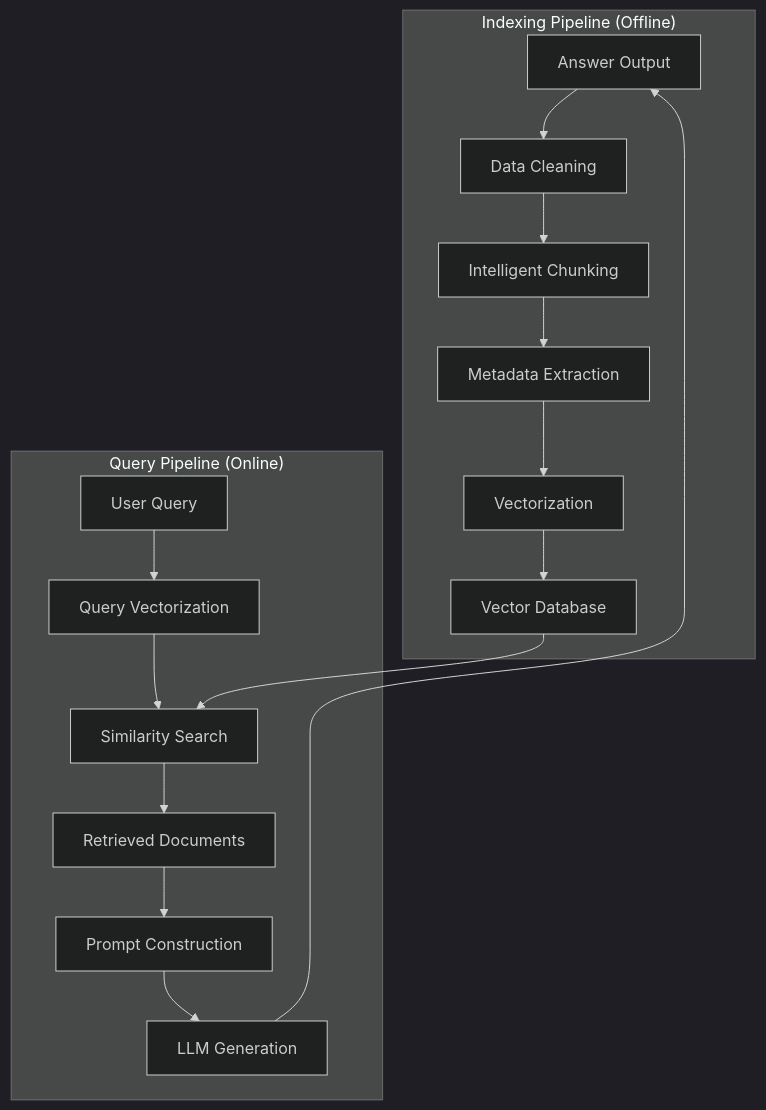
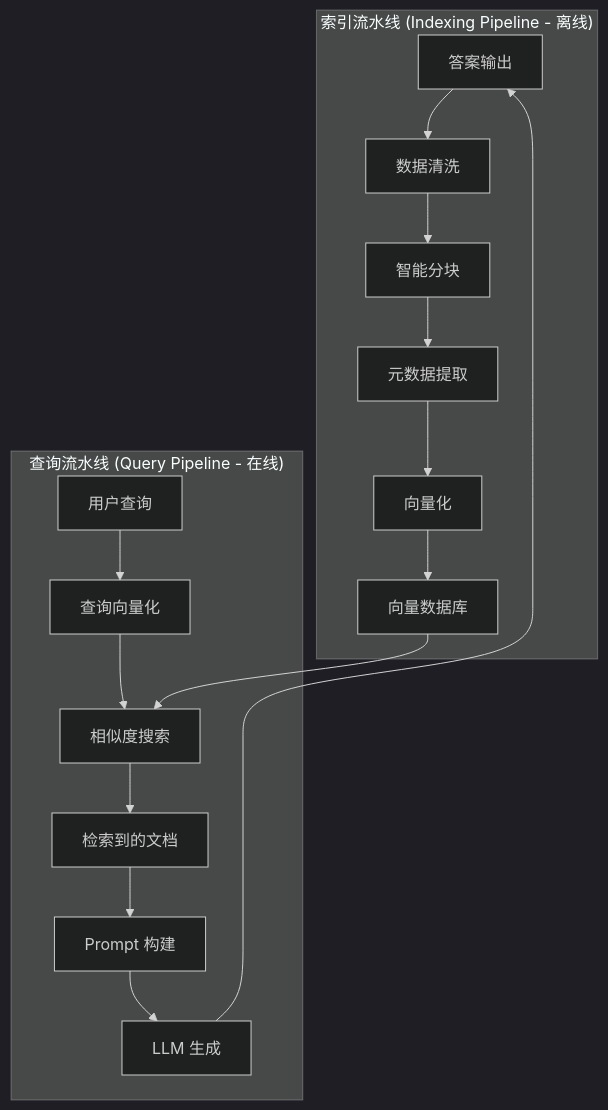
Before and after one commit to YiWang24/AiDIY: the diagram in i18n/zh-Hans/docusaurus-plugin-content-docs/current/ai/rag/index.mdx, drawn with Mermaid (dark theme). The commit also changed other lines of this file and 59 other files, not shown here.

````diff
--- a/i18n/zh-Hans/docusaurus-plugin-content-docs/current/ai/rag/index.mdx
+++ b/i18n/zh-Hans/docusaurus-plugin-content-docs/current/ai/rag/index.mdx
@@ -29,20 +29,20 @@
 ```mermaid
 flowchart TB
-    subgraph "Indexing Pipeline (Offline)"
-        A[Document Sources] --> B[Data Cleaning]
-        B --> C[Intelligent Chunking]
-        C --> D[Metadata Extraction]
-        D --> E[Vectorization]
-        E --> F[Vector Database]
+    subgraph "索引流水线 (Indexing Pipeline - 离线)"
+        A[文档源] --> B[数据清洗]
+        B --> C[智能分块]
+        C --> D[元数据提取]
+        D --> E[向量化]
+        E --> F[向量数据库]
     end
 
-    subgraph "Query Pipeline (Online)"
-        Q[User Query] --> QE[Query Vectorization]
-        QE --> S[Similarity Search]
+    subgraph "查询流水线 (Query Pipeline - 在线)"
+        Q[用户查询] --> QE[查询向量化]
+        QE --> S[相似度搜索]
         F --> S
-        S --> R[Retrieved Documents]
-        R --> P[Prompt Construction]
-        P --> LLM[LLM Generation]
-        LLM --> A[Answer Output]
+        S --> R[检索到的文档]
+        R --> P[Prompt 构建]
+        P --> LLM[LLM 生成]
+        LLM --> A[答案输出]
     end
 ```
````
